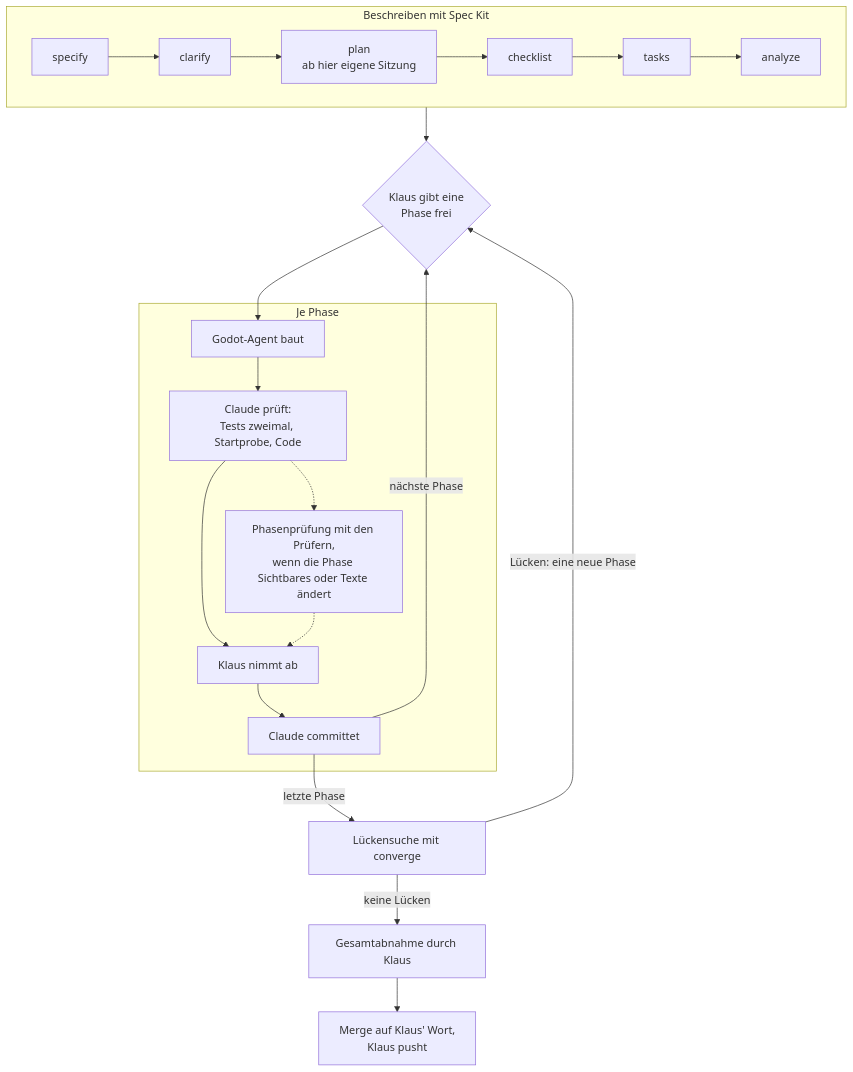
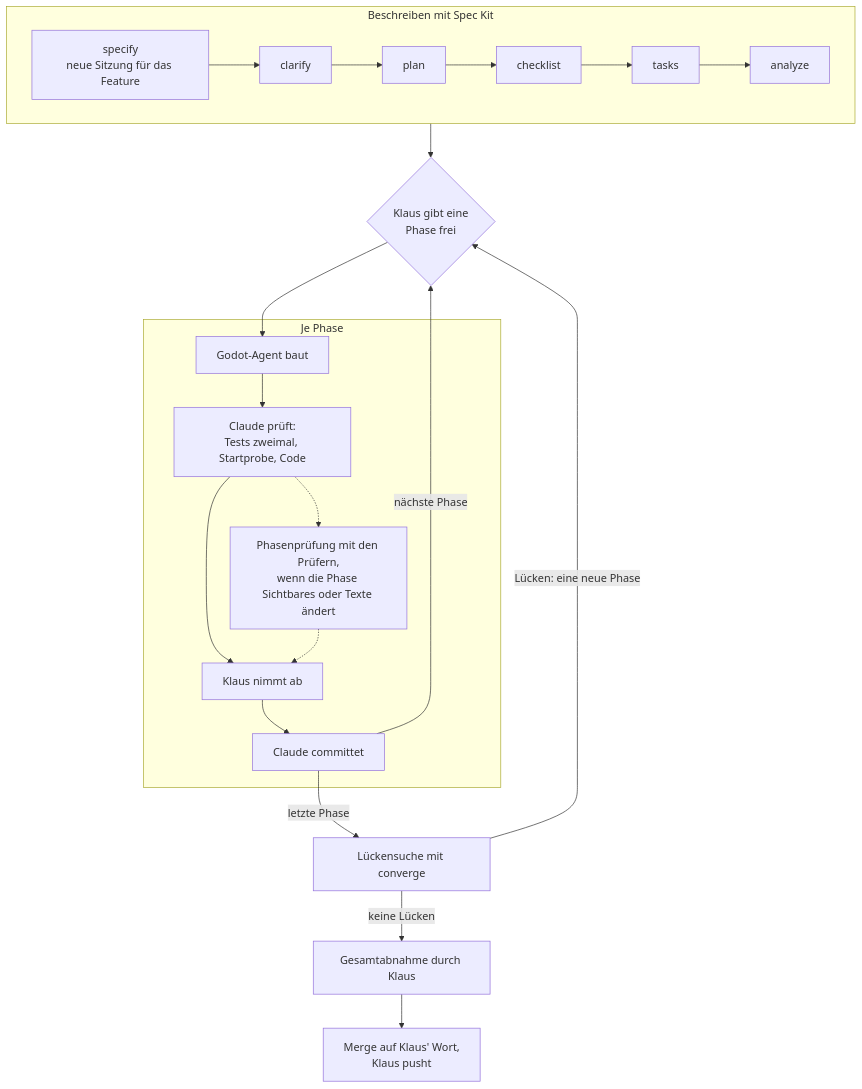
Before and after one commit to klausmoster/DerComputerladen: the diagram in docs/ki_workflow/ki_dev.md, drawn with Mermaid. The commit also changed other lines of this file and 9 other files, not shown here.

First line of the commit message:
Feature 004: Plan Neues Spiel starten (speckit-plan)

````diff
--- a/docs/ki_workflow/ki_dev.md
+++ b/docs/ki_workflow/ki_dev.md
@@ -25,21 +25,21 @@
 ```mermaid
 flowchart TD
     subgraph beschreiben["Beschreiben mit Spec Kit"]
         direction LR
-        S1["specify"] --> S2["clarify"] --> S3["plan<br/>ab hier eigene Sitzung"] --> S4["checklist"] --> S5["tasks"] --> S6["analyze"]
+        S1["specify<br/>neue Sitzung für das Feature"] --> S2["clarify"] --> S3["plan"] --> S4["checklist"] --> S5["tasks"] --> S6["analyze"]
     end
     beschreiben --> F{"Klaus gibt eine<br/>Phase frei"}
     subgraph phase["Je Phase"]
         B["Godot-Agent baut"] --> CP["Claude prüft:<br/>Tests zweimal, Startprobe, Code"]
         CP --> AB["Klaus nimmt ab"]
         CP -.-> P["Phasenprüfung mit den Prüfern,<br/>wenn die Phase Sichtbares oder Texte ändert"]
         P -.-> AB
         AB --> CO["Claude committet"]
     end
     F --> B
     CO -->|"nächste Phase"| F
     CO -->|"letzte Phase"| CV["Lückensuche mit converge"]
     CV -->|"Lücken: eine neue Phase"| F
     CV -->|"keine Lücken"| GA["Gesamtabnahme durch Klaus"]
     GA --> M["Merge auf Klaus' Wort,<br/>Klaus pusht"]
 ```
````
